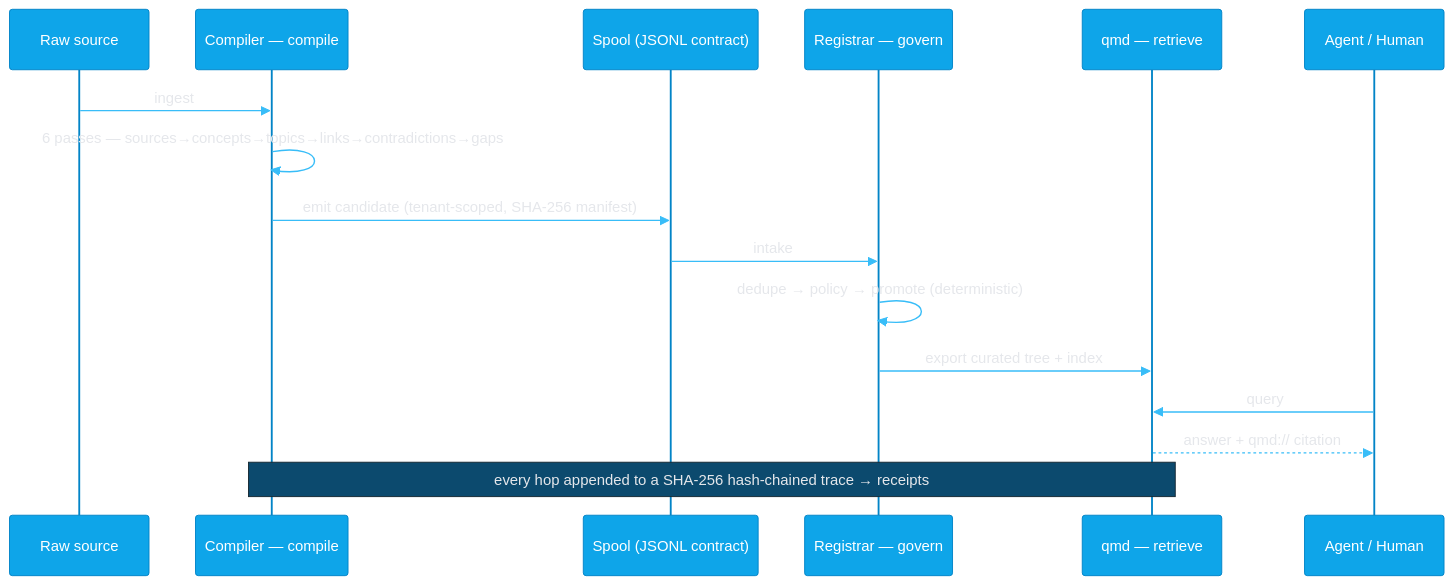
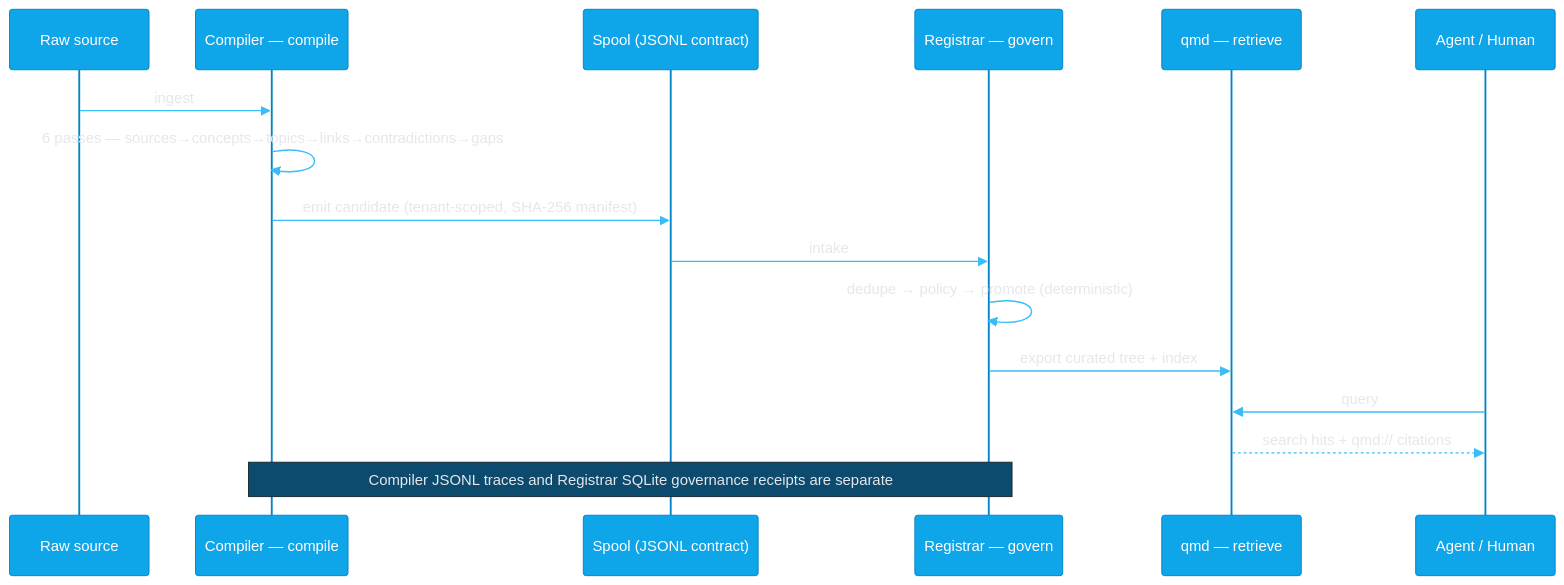
Before and after one commit to intent-solutions-io/bobs-big-brain-umbrella: the second of 3 diagrams in README.md, drawn with Mermaid. The commit also changed other lines of this file and 13 other files, not shown here.

````diff
--- a/README.md
+++ b/README.md
@@ -115,24 +109,24 @@
 ```mermaid
 %%{init: {'theme':'base','themeVariables':{
   'primaryColor':'#0ea5e9','primaryBorderColor':'#0284c7','primaryTextColor':'#ffffff',
   'lineColor':'#38bdf8','signalColor':'#38bdf8','signalTextColor':'#e5e7eb',
   'actorBkg':'#0ea5e9','actorBorder':'#0284c7','actorTextColor':'#ffffff',
   'noteBkgColor':'#0c4a6e','noteTextColor':'#e5e7eb'}}}%%
 sequenceDiagram
     participant S as Raw source
     participant ICO as Compiler — compile
     participant SP as Spool (JSONL contract)
     participant KB as Registrar — govern
     participant Q as qmd — retrieve
     participant A as Agent / Human
 
     S->>ICO: ingest
     ICO->>ICO: 6 passes — sources→concepts→topics→links→contradictions→gaps
     ICO->>SP: emit candidate (tenant-scoped, SHA-256 manifest)
     SP->>KB: intake
     KB->>KB: dedupe → policy → promote (deterministic)
     KB->>Q: export curated tree + index
     A->>Q: query
-    Q-->>A: answer + qmd:// citation
-    Note over ICO,Q: every hop appended to a SHA-256 hash-chained trace → receipts
+    Q-->>A: search hits + qmd:// citations
+    Note over ICO,KB: Compiler JSONL traces and Registrar SQLite governance receipts are separate
 ```
````
